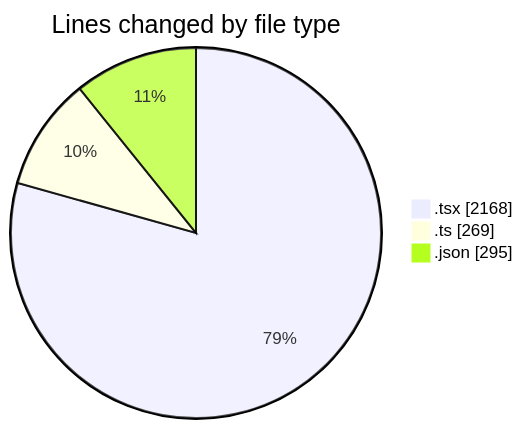
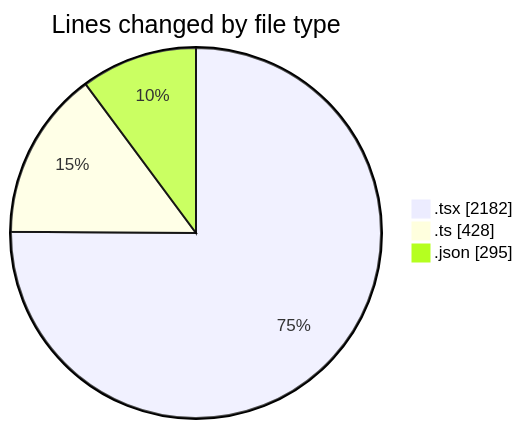
The first of 2 diagrams in 2025-10-09/eventscop-frontend-guide__workspace_/README.md (julien-gomy/code-tracking), drawn with Mermaid before and after one commit. The commit also changed other lines of this file and 1 other file, not shown here.

````diff
--- a/2025-10-09/eventscop-frontend-guide__workspace_/README.md
+++ b/2025-10-09/eventscop-frontend-guide__workspace_/README.md
@@ -32,7 +33,7 @@
 ```mermaid
 pie showData
 title Lines changed by file type
-".tsx" : 2168
-".ts" : 269
+".tsx" : 2182
+".ts" : 428
 ".json" : 295
 ```
````
